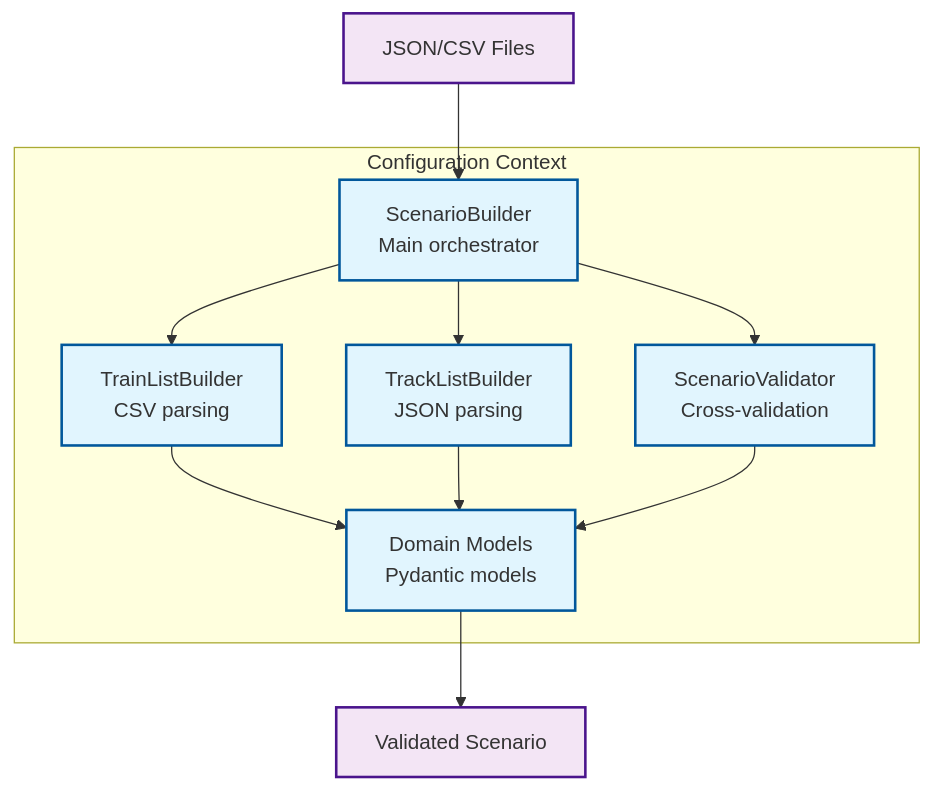
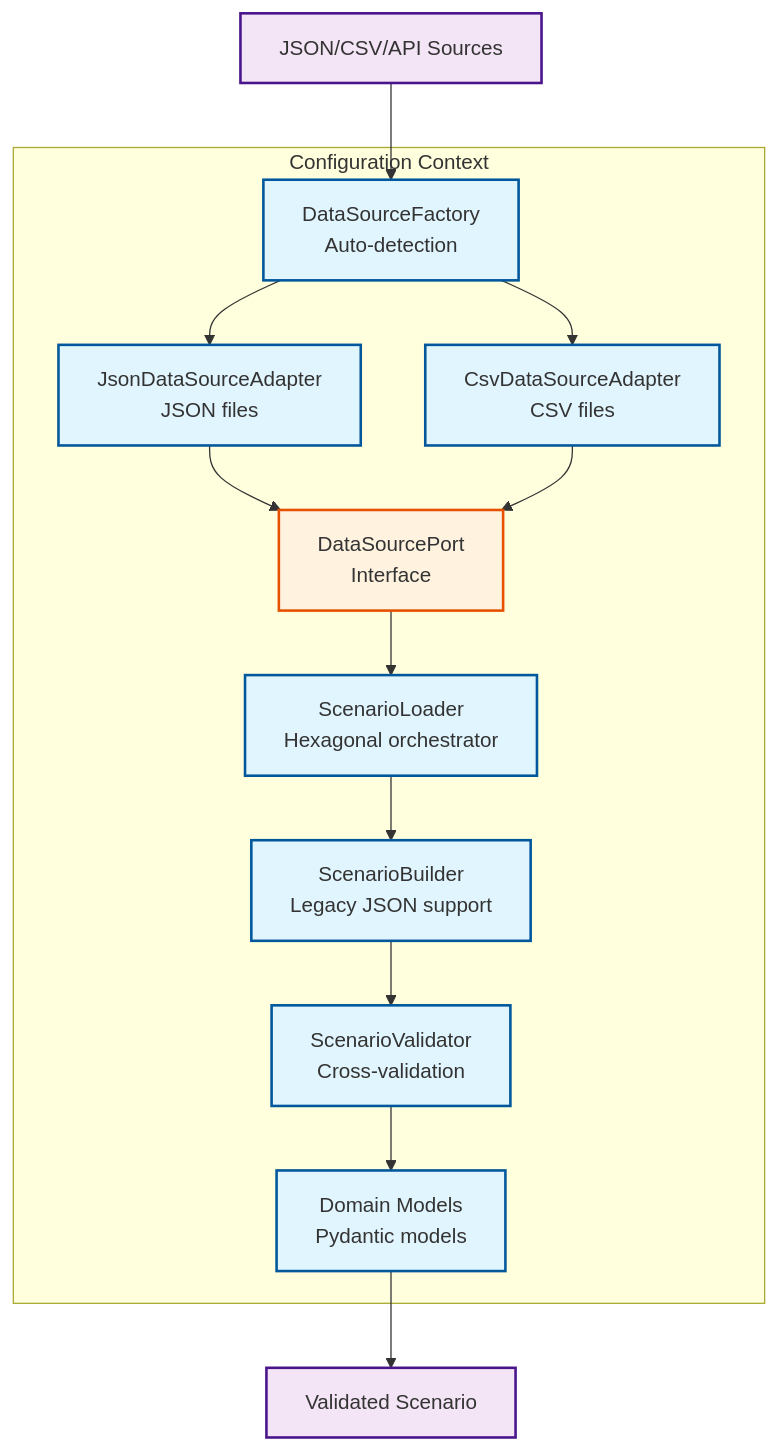
One commit to OpenRailAssociation/dac-migration-dss-popupsim changed the second of 7 diagrams in docs/mvp/architecture/05-building-blocks.md. Above: the diagram before and after it, drawn with Mermaid. The commit also changed other lines of this file and 21 other files, not shown here.

````diff
--- a/docs/mvp/architecture/05-building-blocks.md
+++ b/docs/mvp/architecture/05-building-blocks.md
@@ -60,25 +60,32 @@
 ```mermaid
 graph TB
     subgraph "Configuration Context"
-        Builder["ScenarioBuilder<br/>Main orchestrator"]
-        TrainBuilder["TrainListBuilder<br/>CSV parsing"]
-        TrackBuilder["TrackListBuilder<br/>JSON parsing"]
+        Loader["ScenarioLoader<br/>Hexagonal orchestrator"]
+        Port["DataSourcePort<br/>Interface"]
+        JsonAdapter["JsonDataSourceAdapter<br/>JSON files"]
+        CsvAdapter["CsvDataSourceAdapter<br/>CSV files"]
+        Factory["DataSourceFactory<br/>Auto-detection"]
+        Builder["ScenarioBuilder<br/>Legacy JSON support"]
         Validator["ScenarioValidator<br/>Cross-validation"]
         Models["Domain Models<br/>Pydantic models"]
     end
 
-    Files[JSON/CSV Files] --> Builder
-    Builder --> TrainBuilder
-    Builder --> TrackBuilder
+    Files["JSON/CSV/API Sources"] --> Factory
+    Factory --> JsonAdapter
+    Factory --> CsvAdapter
+    JsonAdapter --> Port
+    CsvAdapter --> Port
+    Port --> Loader
+    Loader --> Builder
     Builder --> Validator
-    TrainBuilder --> Models
-    TrackBuilder --> Models
     Validator --> Models
     Models --> Output[Validated Scenario]
 
     classDef component fill:#e1f5fe,stroke:#01579b,stroke-width:2px
     classDef external fill:#f3e5f5,stroke:#4a148c,stroke-width:2px
+    classDef port fill:#fff3e0,stroke:#e65100,stroke-width:2px
 
-    class Builder,TrainBuilder,TrackBuilder,Validator,Models component
+    class Loader,JsonAdapter,CsvAdapter,Factory,Builder,Validator,Models component
     class Files,Output external
+    class Port port
 ```
````
